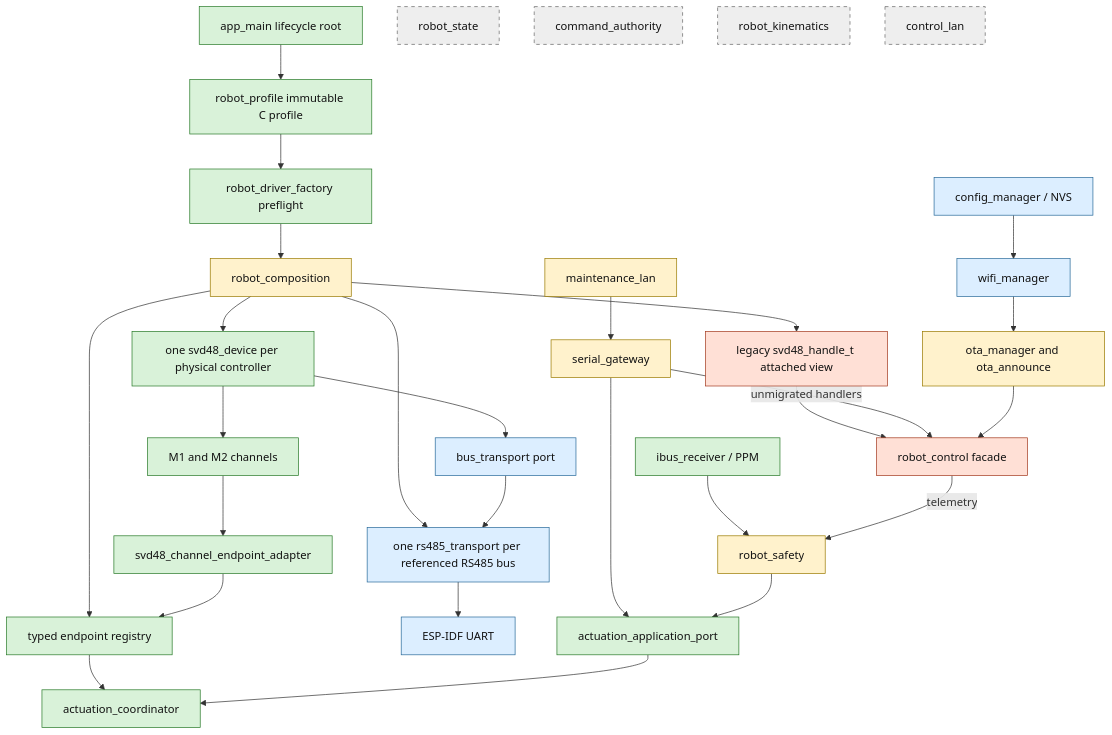
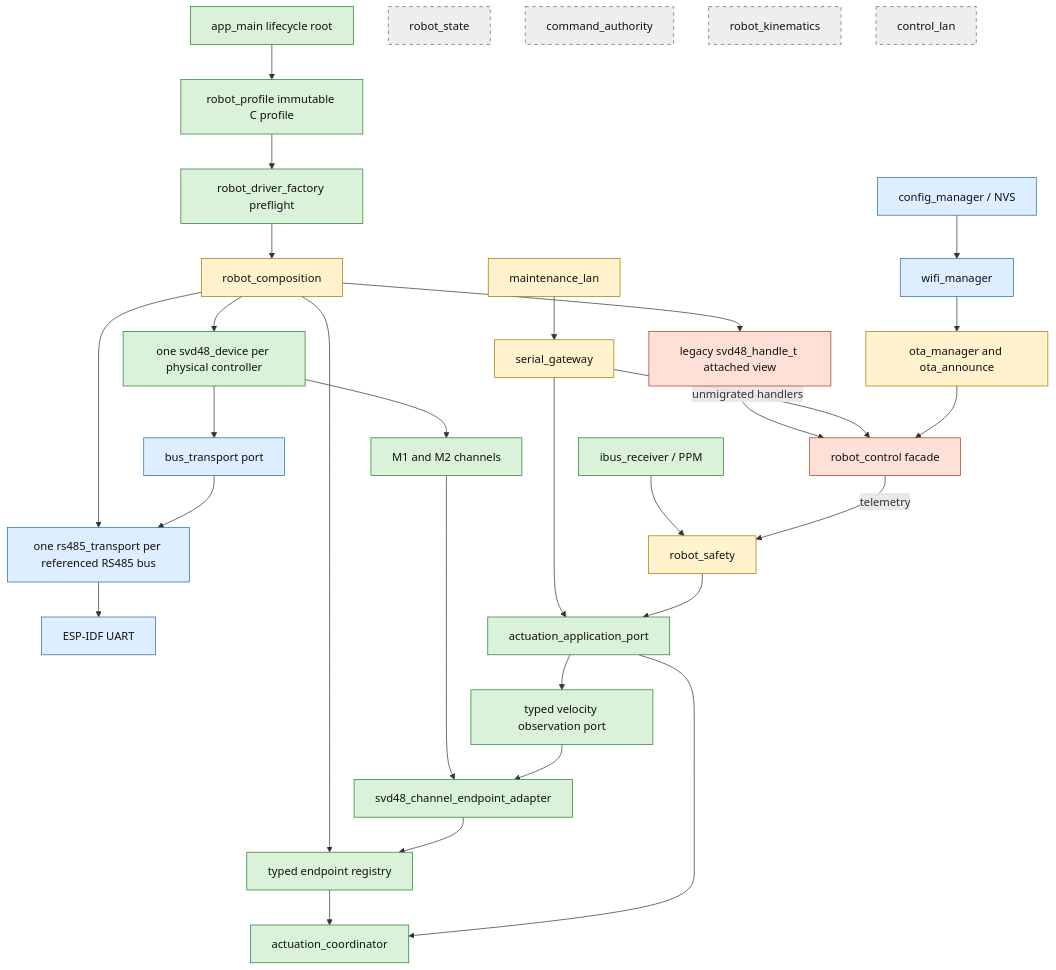
Before and after one commit to juanpmz2001/sistema-motriz-rs485: the first of 5 diagrams in docs/ARCHITECTURE.md, drawn with Mermaid. The commit also changed other lines of this file and 10 other files, not shown here.

````diff
--- a/docs/ARCHITECTURE.md
+++ b/docs/ARCHITECTURE.md
@@ -17,39 +17,41 @@
 ```mermaid
 flowchart TB
   classDef active fill:#d9f2d9,stroke:#287a28,color:#111
   classDef transition fill:#fff2cc,stroke:#9a7b00,color:#111
   classDef legacy fill:#ffe0d6,stroke:#a33a20,color:#111
   classDef dormant fill:#eeeeee,stroke:#666,stroke-dasharray:5 5,color:#111
   classDef infra fill:#dceeff,stroke:#286a9a,color:#111
 
   MAIN[app_main lifecycle root]:::active --> PROFILE[robot_profile immutable C profile]:::active
   PROFILE --> PREFLIGHT[robot_driver_factory preflight]:::active
   PREFLIGHT --> COMPOSE[robot_composition]:::transition
   COMPOSE --> RSBUS[one rs485_transport per referenced RS485 bus]:::infra
   COMPOSE --> DEV[one svd48_device per physical controller]:::active
   COMPOSE --> REG[typed endpoint registry]:::active
   DEV --> CHANNEL[M1 and M2 channels]:::active
   CHANNEL --> DIRECT[svd48_channel_endpoint_adapter]:::active
   DIRECT --> REG
   REG --> COORD[actuation_coordinator]:::active
   RSBUS --> UART[ESP-IDF UART]:::infra
   DEV --> BUSPORT[bus_transport port]:::infra --> RSBUS
 
   SERIAL[serial_gateway]:::transition --> APP[actuation_application_port]:::active
   APP --> COORD
+  APP --> VOBS[typed velocity observation port]:::active
+  VOBS --> DIRECT
   SAFETY[robot_safety]:::transition --> APP
   MAINT[maintenance_lan]:::transition --> SERIAL
   RC[ibus_receiver / PPM]:::active --> SAFETY
 
   COMPOSE --> WRAP[legacy svd48_handle_t attached view]:::legacy
   WRAP --> CONTROL[robot_control facade]:::legacy
   SERIAL -->|unmigrated handlers| CONTROL
   CONTROL -->|telemetry| SAFETY
   OTA[ota_manager and ota_announce]:::transition --> CONTROL
   CONFIG[config_manager / NVS]:::infra --> WIFI[wifi_manager]:::infra --> OTA
 
   STATE[robot_state]:::dormant
   AUTH[command_authority]:::dormant
   KIN[robot_kinematics]:::dormant
   CLAN[control_lan]:::dormant
 ```
````
